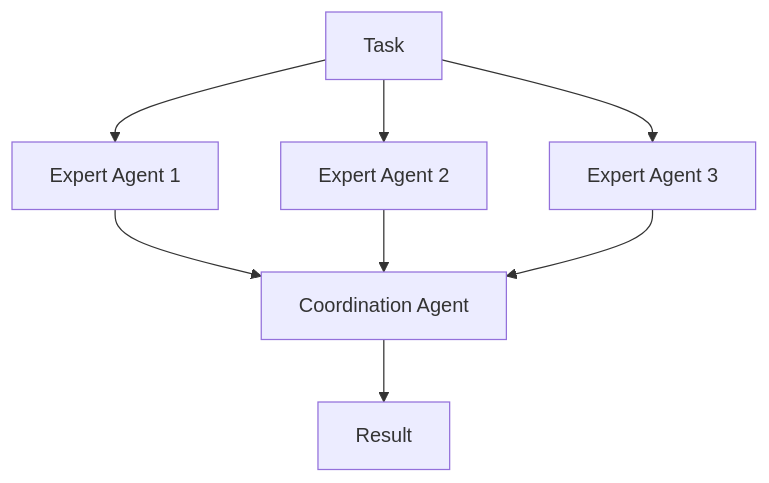
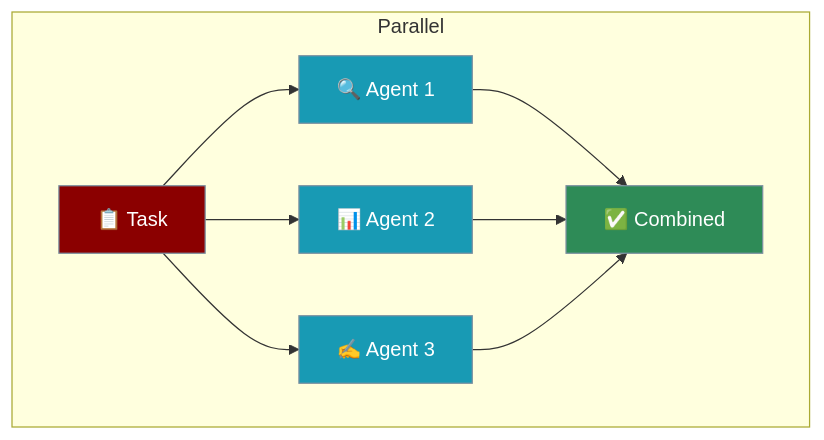
Before and after one commit to MervinPraison/PraisonAIDocs: the third of 5 diagrams in docs/course/agents/07-multi-agent-systems.mdx, drawn with Mermaid. The commit also changed other lines of this file and 21 other files, not shown here.

Commit message:
refactor: streamline agent course documentation with concise examples, visual diagrams, and improved navigation.

````diff
--- a/docs/course/agents/07-multi-agent-systems.mdx
+++ b/docs/course/agents/07-multi-agent-systems.mdx
@@ -60,10 +103,19 @@
 ```mermaid
-graph TD
-    Task --> A[Expert Agent 1]
-    Task --> B[Expert Agent 2]
-    Task --> C[Expert Agent 3]
-    A --> D[Coordination Agent]
-    B --> D
-    C --> D
-    D --> Result
+graph TB
+    subgraph "Parallel"
+        Task[📋 Task] --> A[🔍 Agent 1]
+        Task --> B[📊 Agent 2]
+        Task --> C[✍️ Agent 3]
+        A --> Result[✅ Combined]
+        B --> Result
+        C --> Result
+    end
+    
+    classDef task fill:#8B0000,stroke:#7C90A0,color:#fff
+    classDef agent fill:#189AB4,stroke:#7C90A0,color:#fff
+    classDef result fill:#2E8B57,stroke:#7C90A0,color:#fff
+    
+    class Task task
+    class A,B,C agent
+    class Result result
 ```
````
